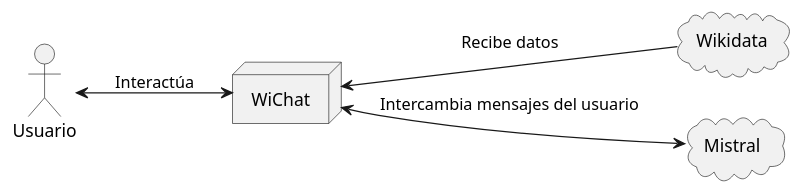
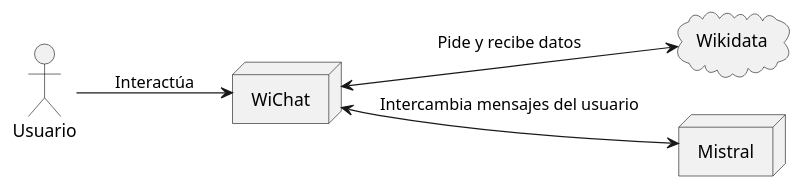
The first of 2 diagrams in docs/src/03_context_and_scope.adoc (Arquisoft/wichat_es5b), drawn with PlantUML before and after one commit. The commit also changed other lines of this file, not shown here.

```diff
--- a/docs/src/03_context_and_scope.adoc
+++ b/docs/src/03_context_and_scope.adoc
@@ -56,23 +56,23 @@
 [plantuml,"Vision general",png]
 ----
 @startuml
 skinparam monochrome true
 left to right direction
 
 actor "Usuario"
 
 node "WiChat" {
 }
 
 cloud "Wikidata" {
 }
 
-cloud "Mistral" {
+node "Mistral" {
 }
 
-"Usuario" <--> "WiChat" : Interactúa
-"WiChat" <-- "Wikidata" : Recibe datos
+"Usuario" --> "WiChat" : Interactúa
+"WiChat" <--> "Wikidata" : Pide y recibe datos
 "WiChat" <--> "Mistral" : Intercambia mensajes del usuario
 
 @enduml
 ----
```
